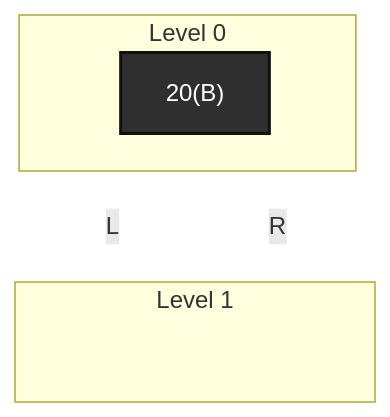
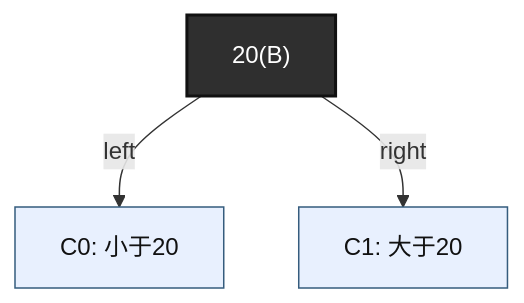
The sixth of 8 diagrams in knowledge/linux/data_structures/红黑树_rb-tree/P06_2-3-4_树_从多路平衡到红黑树的结构桥梁.md (FormingSystem/linux_note), drawn with Mermaid before and after one commit. The commit also changed other lines of this file and 1 other file, not shown here.

````diff
--- a/knowledge/linux/data_structures/红黑树_rb-tree/P06_2-3-4_树_从多路平衡到红黑树的结构桥梁.md
+++ b/knowledge/linux/data_structures/红黑树_rb-tree/P06_2-3-4_树_从多路平衡到红黑树的结构桥梁.md
@@ -783,21 +683,10 @@
 ```mermaid
 graph TD
-	subgraph "Level 0"
-		N["20(B)"]
-	end
-
-	subgraph "Level 1"
-		LG[" "]
-		RG[" "]
-	end
-
-	N -->|"L"| LG
-	N -->|"R"| RG
-
-	classDef black_node fill:#2f2f2f,stroke:#111,color:#fff,stroke-width:2px;
-	classDef ghost fill:transparent,stroke:transparent,color:transparent;
-	class N black_node;
-	class LG,RG ghost;
-	linkStyle 0 stroke:transparent;
-	linkStyle 1 stroke:transparent;
+    N["20(B)"] -->|"left"| C0["C0: 小于20"]
+    N -->|"right"| C1["C1: 大于20"]
+    class N black_node;
+    class C0,C1 subtree;
+    classDef black_node fill:#2f2f2f,stroke:#111,color:#fff,stroke-width:2px;
+    classDef red_node fill:#c62828,stroke:#7f0000,color:#fff,stroke-width:2px;
+    classDef subtree fill:#e8f0fe,stroke:#355c7d,color:#111;
 ```
````
